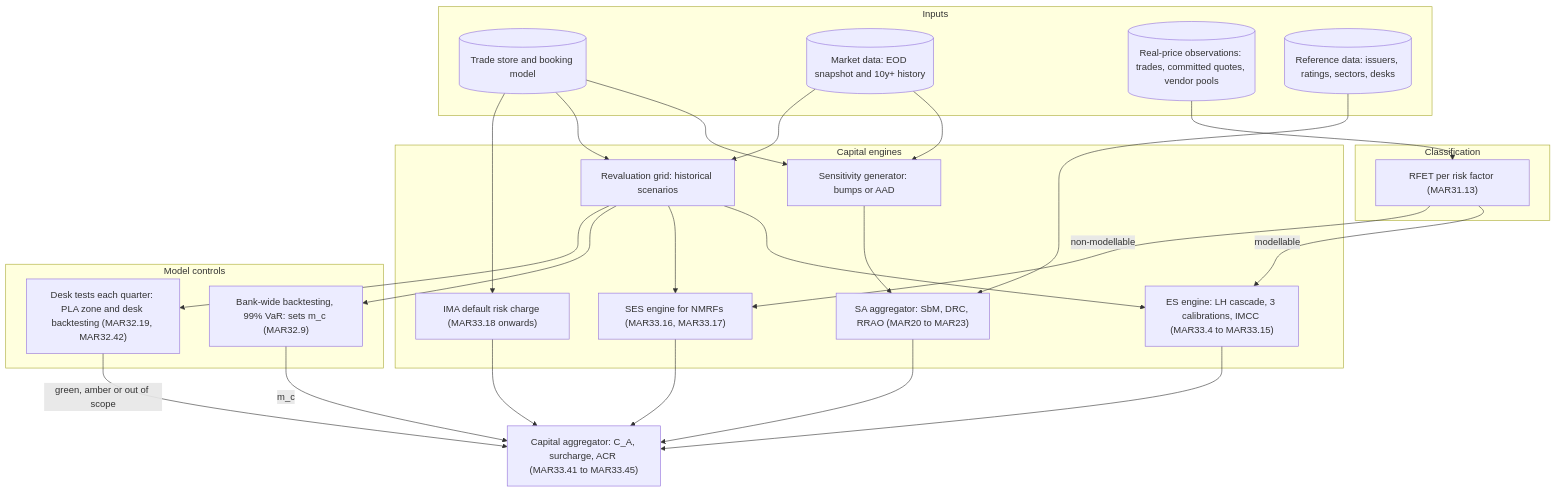
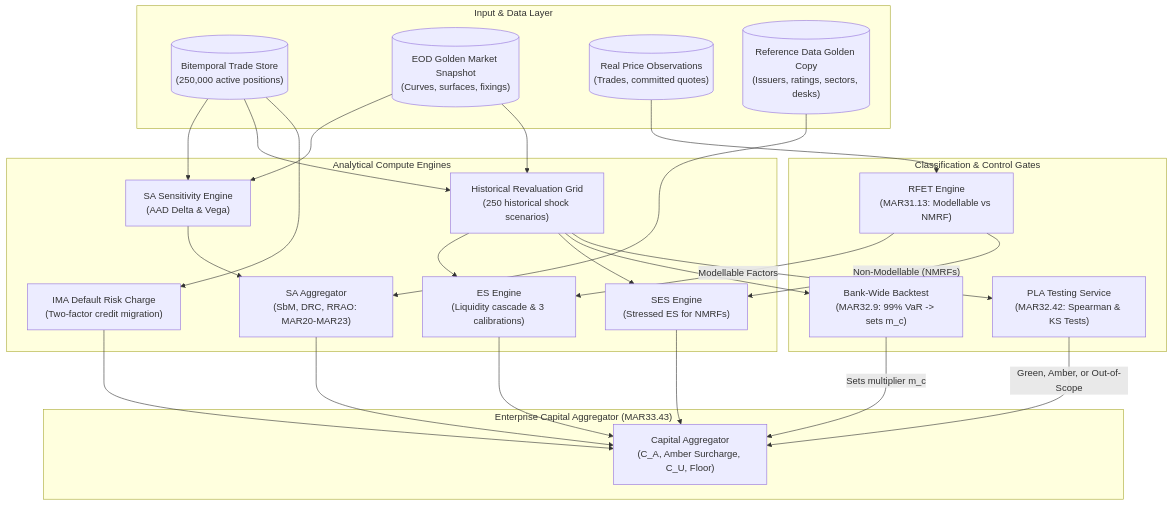
Before and after one commit to shreejitverma/The-Quant-Prep: the first of 3 diagrams in 18-Pricing-and-Risk-Systems/10-FRTB-Engine.md, drawn with Mermaid. The commit also changed other lines of this file and 25 other files, not shown here.

````diff
--- a/18-Pricing-and-Risk-Systems/10-FRTB-Engine.md
+++ b/18-Pricing-and-Risk-Systems/10-FRTB-Engine.md
@@ -36,45 +34,53 @@
 ```mermaid
 flowchart TB
-    subgraph Inputs["Inputs"]
-        TS[("Trade store and booking model")]
-        MD[("Market data: EOD snapshot and 10y+ history")]
-        RP[("Real-price observations: trades, committed quotes, vendor pools")]
-        RD[("Reference data: issuers, ratings, sectors, desks")]
+    subgraph InputTier["Input & Data Layer"]
+        Trades[("Bitemporal Trade Store\n(250,000 active positions)")]
+        MarketSnap[("EOD Golden Market Snapshot\n(Curves, surfaces, fixings)")]
+        RealPrices[("Real Price Observations\n(Trades, committed quotes)")]
+        RefData[("Reference Data Golden Copy\n(Issuers, ratings, sectors, desks)")]
     end
-    subgraph Classify["Classification"]
-        RFET["RFET per risk factor (MAR31.13)"]
+
+    subgraph EligibilityLayer["Classification & Control Gates"]
+        RFETEngine["RFET Engine\n(MAR31.13: Modellable vs NMRF)"]
+        PLAEngine["PLA Testing Service\n(MAR32.42: Spearman & KS Tests)"]
+        BankBacktest["Bank-Wide Backtest\n(MAR32.9: 99% VaR -> sets m_c)"]
     end
-    subgraph Engines["Capital engines"]
-        SENS["Sensitivity generator: bumps or AAD"]
-        SA["SA aggregator: SbM, DRC, RRAO (MAR20 to MAR23)"]
-        GRID["Revaluation grid: historical scenarios"]
-        ES["ES engine: LH cascade, 3 calibrations, IMCC (MAR33.4 to MAR33.15)"]
-        SES["SES engine for NMRFs (MAR33.16, MAR33.17)"]
-        IDRC["IMA default risk charge (MAR33.18 onwards)"]
+
+    subgraph CapitalEngines["Analytical Compute Engines"]
+        SensWorker["SA Sensitivity Engine\n(AAD Delta & Vega)"]
+        SAEngine["SA Aggregator\n(SbM, DRC, RRAO: MAR20-MAR23)"]
+        RevalGrid["Historical Revaluation Grid\n(250 historical shock scenarios)"]
+        ESEngine["ES Engine\n(Liquidity cascade & 3 calibrations)"]
+        SESEngine["SES Engine\n(Stressed ES for NMRFs)"]
+        IDRCEngine["IMA Default Risk Charge\n(Two-factor credit migration)"]
     end
-    subgraph Controls["Model controls"]
-        BWB["Bank-wide backtesting, 99% VaR: sets m_c (MAR32.9)"]
-        DESK["Desk tests each quarter: PLA zone and desk backtesting (MAR32.19, MAR32.42)"]
+
+    subgraph CapitalAggregator["Enterprise Capital Aggregator (MAR33.43)"]
+        Agg["Capital Aggregator\n(C_A, Amber Surcharge, C_U, Floor)"]
     end
-    AGG["Capital aggregator: C_A, surcharge, ACR (MAR33.41 to MAR33.45)"]
-    TS --> SENS
-    MD --> SENS
-    RD --> SA
-    SENS --> SA
-    TS --> GRID
-    MD --> GRID
-    RP --> RFET
-    RFET -->|"modellable"| ES
-    RFET -->|"non-modellable"| SES
-    GRID --> ES
-    GRID --> SES
-    TS --> IDRC
-    ES --> AGG
-    SES --> AGG
-    IDRC --> AGG
-    SA --> AGG
-    GRID --> BWB
-    GRID --> DESK
-    BWB -->|"m_c"| AGG
-    DESK -->|"green, amber or out of scope"| AGG
+
+    Trades --> SensWorker
+    MarketSnap --> SensWorker
+    SensWorker --> SAEngine
+    RefData --> SAEngine
+
+    Trades --> RevalGrid
+    MarketSnap --> RevalGrid
+    RealPrices --> RFETEngine
+
+    RFETEngine -->|"Modellable Factors"| ESEngine
+    RFETEngine -->|"Non-Modellable (NMRFs)"| SESEngine
+    RevalGrid --> ESEngine
+    RevalGrid --> SESEngine
+    Trades --> IDRCEngine
+
+    RevalGrid --> BankBacktest
+    RevalGrid --> PLAEngine
+    BankBacktest -->|"Sets multiplier m_c"| Agg
+    PLAEngine -->|"Green, Amber, or Out-of-Scope"| Agg
+
+    SAEngine --> Agg
+    ESEngine --> Agg
+    SESEngine --> Agg
+    IDRCEngine --> Agg
 ```
````
